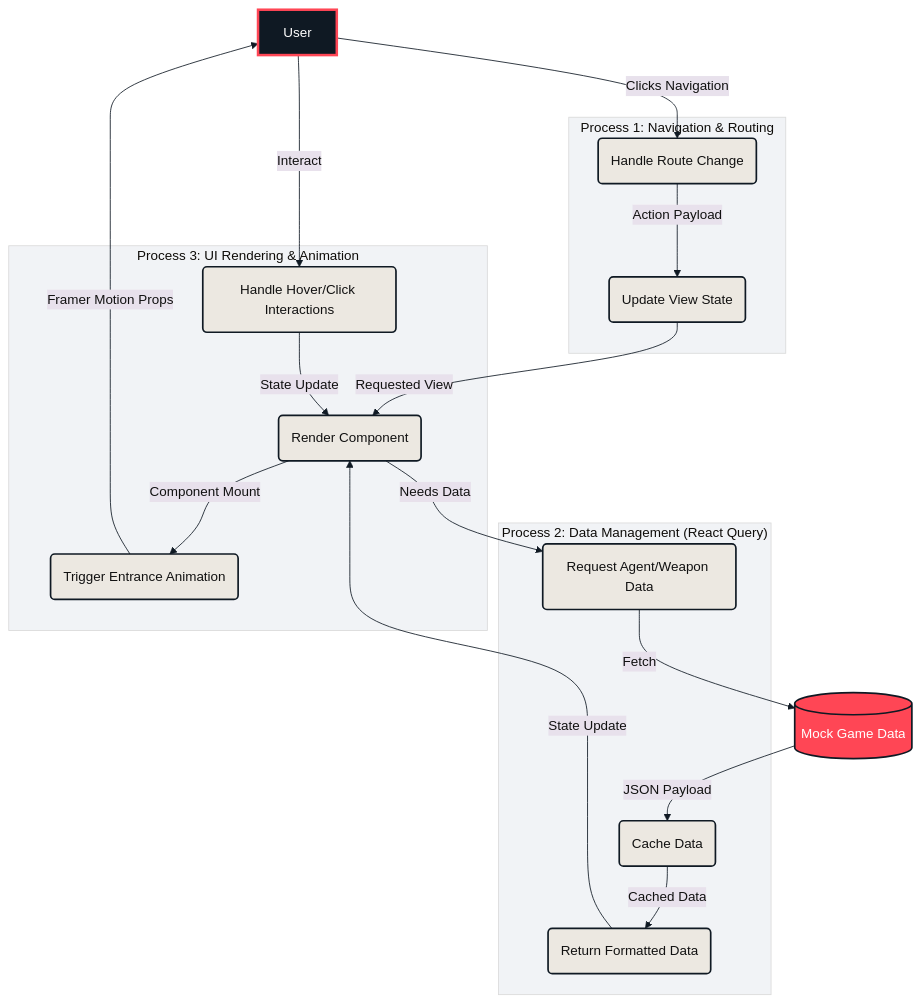
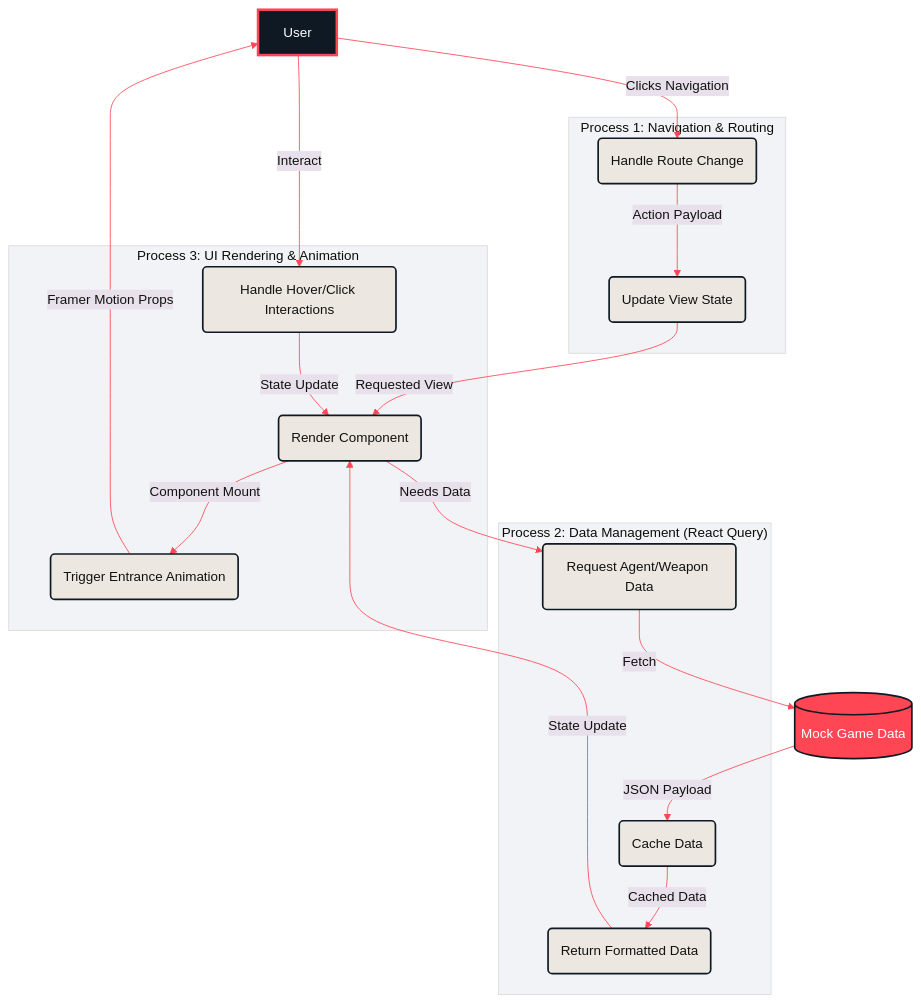
The second of 4 diagrams in README.md (Mr-Nobody003/VALORANT), drawn with Mermaid before and after one commit. The commit also changed other lines of this file, not shown here.

````diff
--- a/README.md
+++ b/README.md
@@ -115,39 +115,39 @@
 ```mermaid
-%%{init: {'theme': 'base', 'themeVariables': { 'primaryColor': '#ece8e1', 'primaryTextColor': '#111', 'primaryBorderColor': '#ff4655', 'lineColor': '#0f1923'}}}%%
+%%{init: {'theme': 'base', 'themeVariables': { 'primaryColor': '#ece8e1', 'primaryTextColor': '#111', 'primaryBorderColor': '#ff4655', 'lineColor': '#ff4655'}}}%%
 flowchart TD
     User[User]:::userStyle
     subgraph "Process 1: Navigation & Routing"
         1.1(Handle Route Change):::processStyle
         1.2(Update View State):::processStyle
     end
     subgraph "Process 2: Data Management (React Query)"
         2.1(Request Agent/Weapon Data):::processStyle
         2.2(Cache Data):::processStyle
         2.3(Return Formatted Data):::processStyle
     end
     subgraph "Process 3: UI Rendering & Animation"
         3.1(Trigger Entrance Animation):::processStyle
         3.2(Render Component):::processStyle
         3.3(Handle Hover/Click Interactions):::processStyle
     end
     DataStore[(Mock Game Data)]:::storeStyle
 
     User --> |Clicks Navigation| 1.1
     1.1 --> |Action Payload| 1.2
     1.2 --> |Requested View| 3.2
 
     3.2 --> |Needs Data| 2.1
     2.1 --> |Fetch| DataStore
     DataStore --> |JSON Payload| 2.2
     2.2 --> |Cached Data| 2.3
     2.3 --> |State Update| 3.2
 
     3.2 --> |Component Mount| 3.1
     3.1 --> |Framer Motion Props| User
     User --> |Interact| 3.3
     3.3 --> |State Update| 3.2
 
     classDef userStyle fill:#0f1923,stroke:#ff4655,stroke-width:3px,color:#fff;
     classDef processStyle fill:#ece8e1,stroke:#0f1923,stroke-width:2px,color:#111;
     classDef storeStyle fill:#ff4655,stroke:#0f1923,stroke-width:2px,color:#fff;
 ```
````
